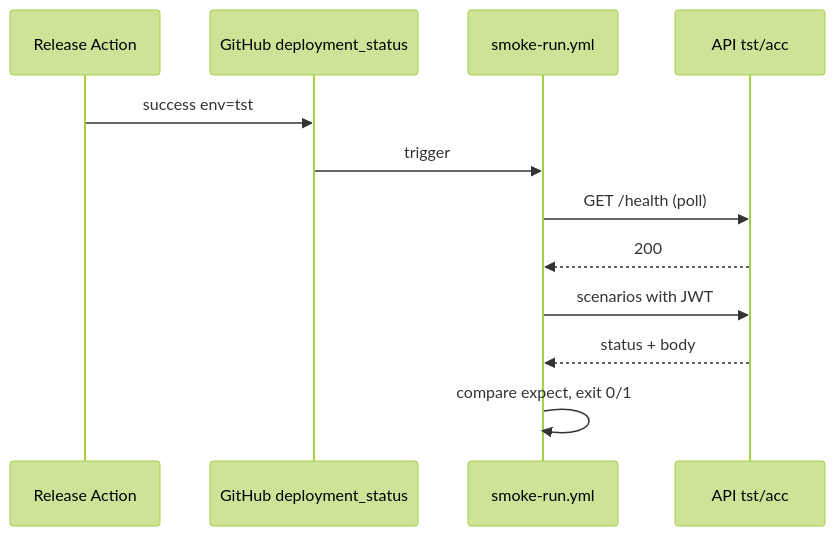
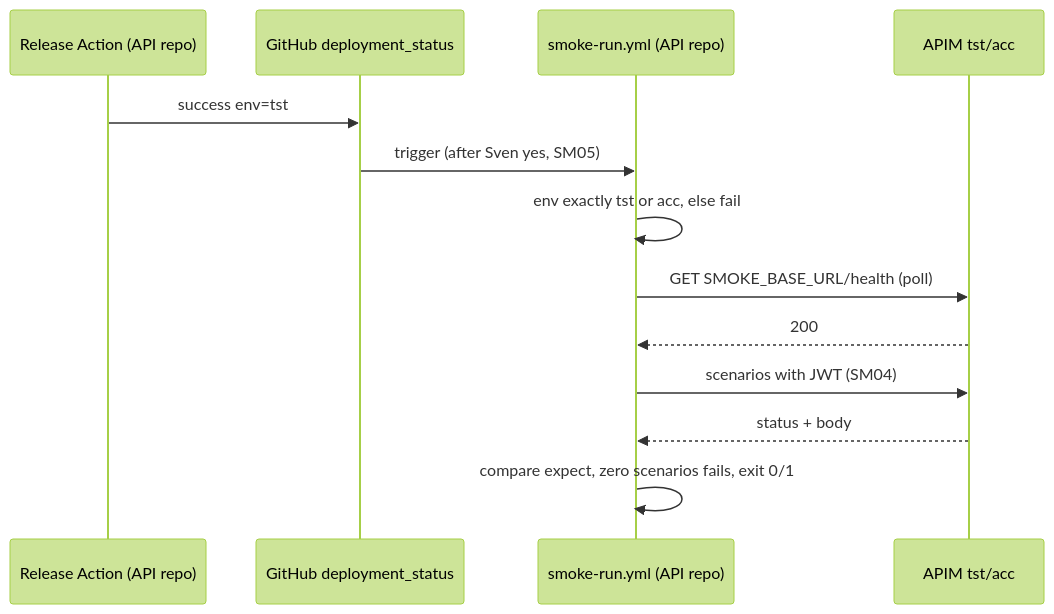
One commit to svennijhuis/agentic-workflows changed the first of 2 diagrams in docs/pbi/smoke/SM03.md. Above: the diagram before and after it, drawn with Mermaid (forest theme). The commit also changed other lines of this file and 8 other files, not shown here.

````diff
--- a/docs/pbi/smoke/SM03.md
+++ b/docs/pbi/smoke/SM03.md
@@ -29,14 +42,15 @@
-  ```mermaid
-  sequenceDiagram
-    participant R as Release Action
-    participant GH as GitHub deployment_status
-    participant S as smoke-run.yml
-    participant API as API tst/acc
-    R->>GH: success env=tst
-    GH->>S: trigger
-    S->>API: GET /health (poll)
-    API-->>S: 200
-    S->>API: scenarios with JWT
-    API-->>S: status + body
-    S->>S: compare expect, exit 0/1
-  ```
+```mermaid
+sequenceDiagram
+  participant R as Release Action (API repo)
+  participant GH as GitHub deployment_status
+  participant S as smoke-run.yml (API repo)
+  participant API as APIM tst/acc
+  R->>GH: success env=tst
+  GH->>S: trigger (after Sven yes, SM05)
+  S->>S: env exactly tst or acc, else fail
+  S->>API: GET SMOKE_BASE_URL/health (poll)
+  API-->>S: 200
+  S->>API: scenarios with JWT (SM04)
+  API-->>S: status + body
+  S->>S: compare expect, zero scenarios fails, exit 0/1
+```
````
